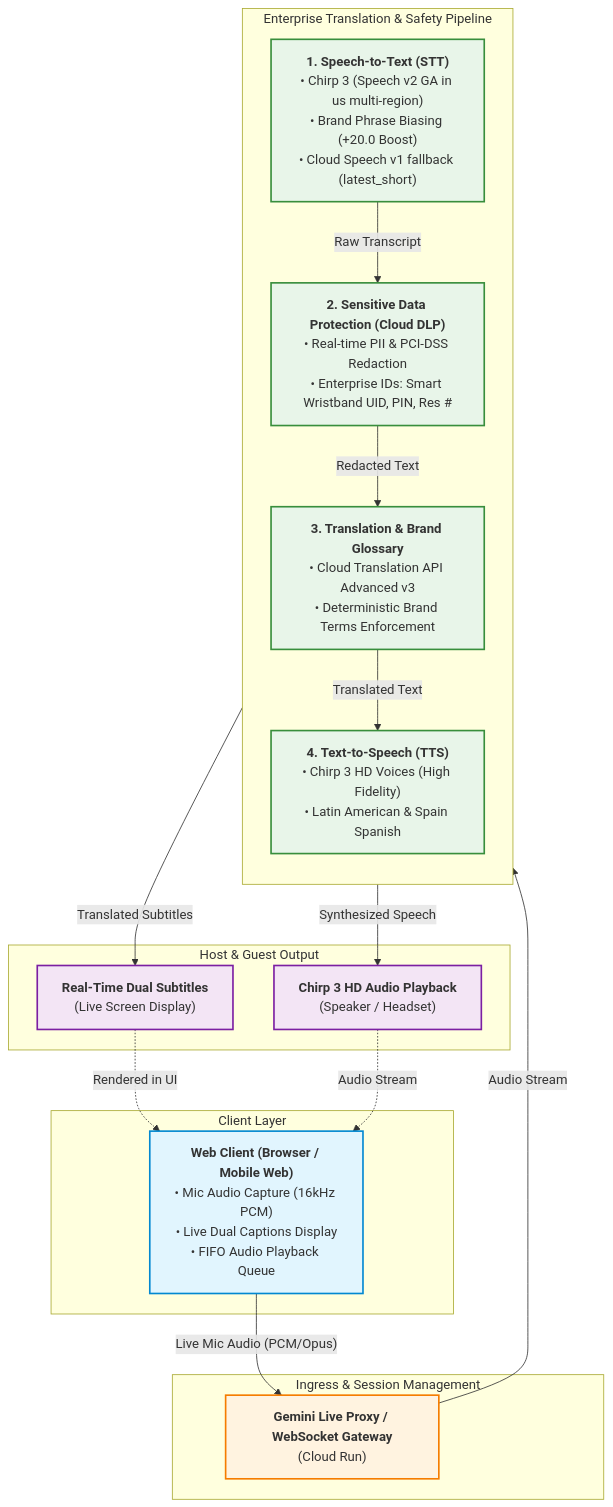
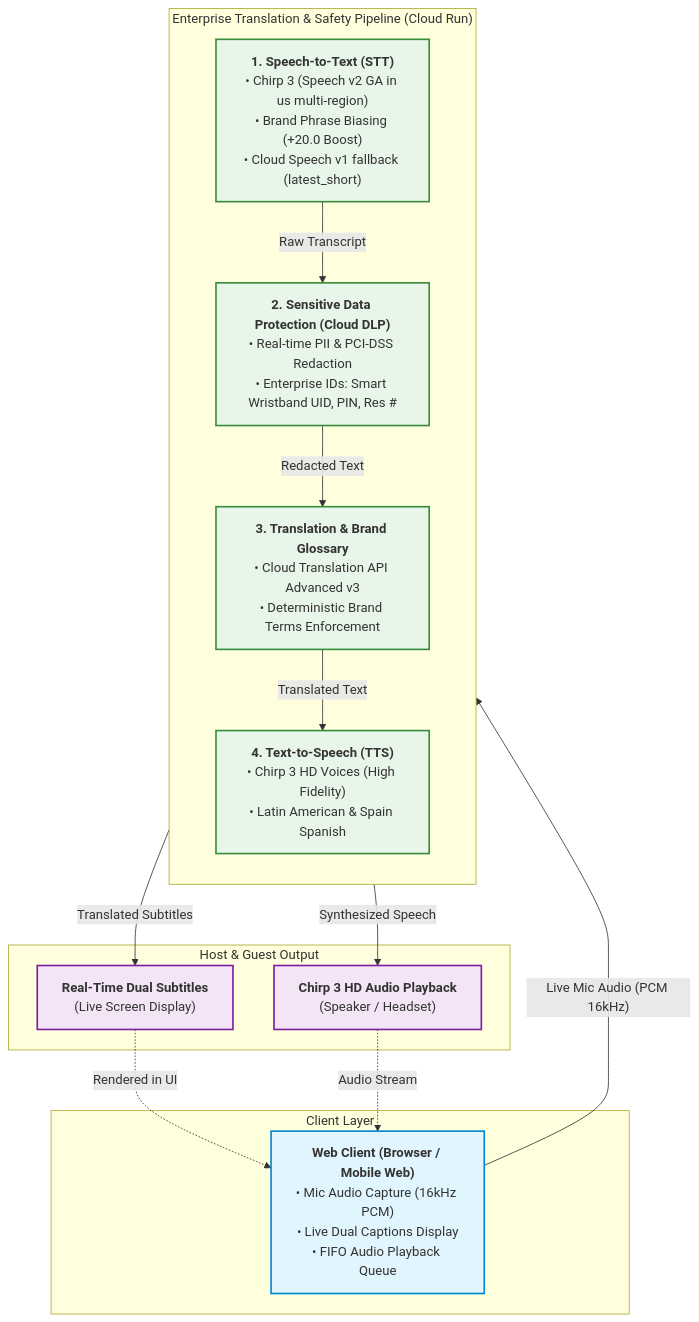
One commit to John-Anthony-L/GCP-Live-Translation changed the diagram in README.md. Above: the diagram before and after it, drawn with Mermaid. The commit also changed other lines of this file and 10 other files, not shown here.

````diff
--- a/README.md
+++ b/README.md
@@ -26,49 +26,42 @@
 ```mermaid
 flowchart TD
     subgraph Client["Client Layer"]
         Web["<b>Web Client (Browser / Mobile Web)</b><br/>• Mic Audio Capture (16kHz PCM)<br/>• Live Dual Captions Display<br/>• FIFO Audio Playback Queue"]
     end
 
-    subgraph Gateway["Ingress & Session Management"]
-        Proxy["<b>Gemini Live Proxy / WebSocket Gateway</b><br/>(Cloud Run)"]
-    end
-
-    subgraph Pipeline["Enterprise Translation & Safety Pipeline"]
+    subgraph Pipeline["Enterprise Translation & Safety Pipeline (Cloud Run)"]
         direction TB
         STT["<b>1. Speech-to-Text (STT)</b><br/>• Chirp 3 (Speech v2 GA in us multi-region)<br/>• Brand Phrase Biasing (+20.0 Boost)<br/>• Cloud Speech v1 fallback (latest_short)"]
         DLP["<b>2. Sensitive Data Protection (Cloud DLP)</b><br/>• Real-time PII & PCI-DSS Redaction<br/>• Enterprise IDs: Smart Wristband UID, PIN, Res #"]
         Trans["<b>3. Translation & Brand Glossary</b><br/>• Cloud Translation API Advanced v3<br/>• Deterministic Brand Terms Enforcement"]
         TTS["<b>4. Text-to-Speech (TTS)</b><br/>• Chirp 3 HD Voices (High Fidelity)<br/>• Latin American & Spain Spanish"]
     end
 
     subgraph Experience["Host & Guest Output"]
         TextOut["<b>Real-Time Dual Subtitles</b><br/>(Live Screen Display)"]
         AudioOut["<b>Chirp 3 HD Audio Playback</b><br/>(Speaker / Headset)"]
     end
 
     %% Audio input flow
-    Web -->|"Live Mic Audio (PCM/Opus)"| Proxy
-    Proxy -->|"Audio Stream"| STT
+    Web -->|"Live Mic Audio (PCM 16kHz)"| STT
     STT -->|"Raw Transcript"| DLP
     DLP -->|"Redacted Text"| Trans
     Trans -->|"Translated Text"| TTS
 
     %% Output flow directly from Translation Pipeline
     Trans -->|"Translated Subtitles"| TextOut
     TTS -->|"Synthesized Speech"| AudioOut
 
     %% Feedback loop to Web Client UI
     TextOut -.->|"Rendered in UI"| Web
     AudioOut -.->|"Audio Stream"| Web
 
     %% Styling
     classDef clientStyle fill:#e1f5fe,stroke:#0288d1,stroke-width:2px;
-    classDef proxyStyle fill:#fff3e0,stroke:#f57c00,stroke-width:2px;
     classDef pipeStyle fill:#e8f5e9,stroke:#388e3c,stroke-width:2px;
     classDef outStyle fill:#f3e5f5,stroke:#7b1fa2,stroke-width:2px;
 
     class Web clientStyle;
-    class Proxy proxyStyle;
     class STT,DLP,Trans,TTS pipeStyle;
     class AudioOut,TextOut outStyle;
 ```
````
